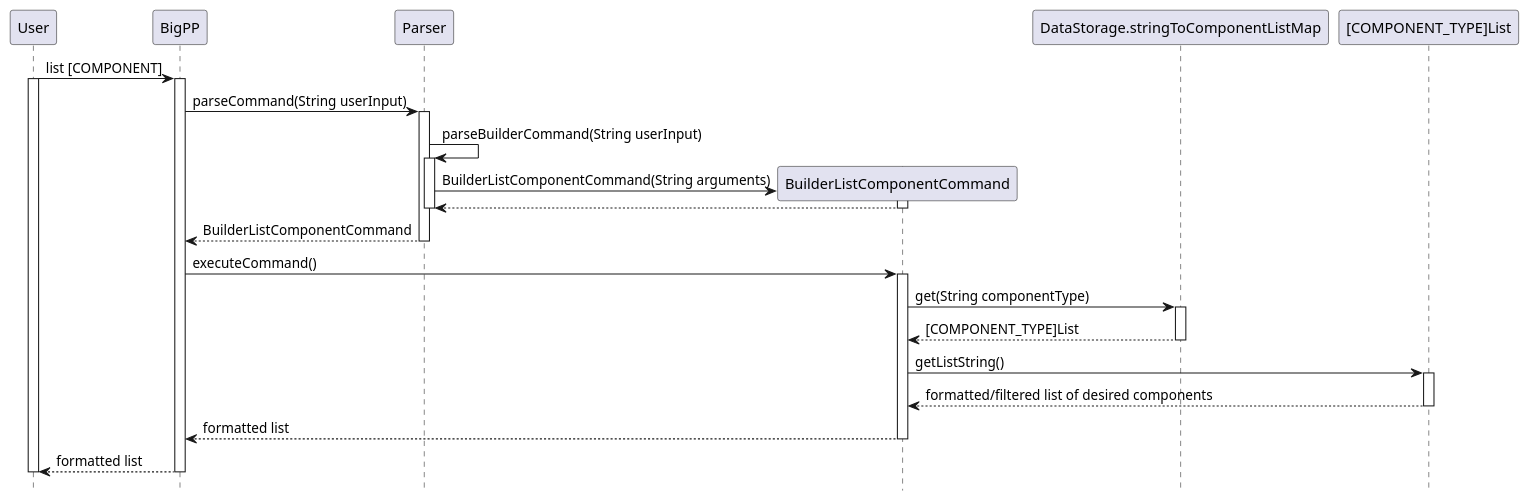
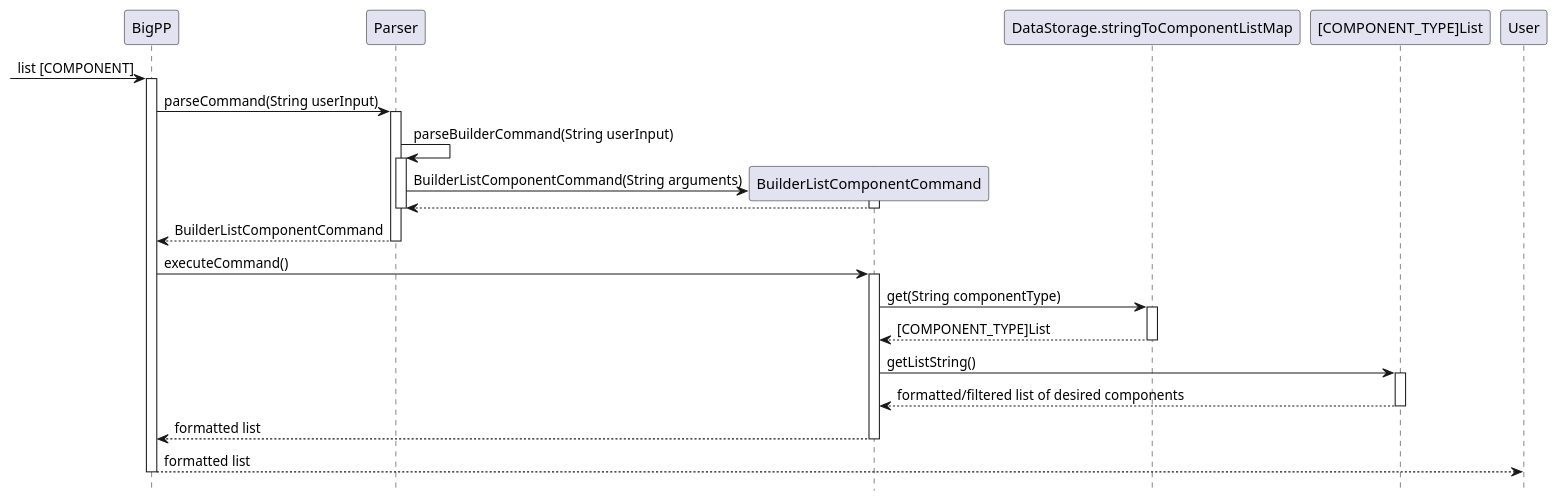
The diagram in docs/uml-source/Commands/listComponentCommand.puml (typingpanda/tp), drawn with PlantUML before and after one commit. The commit also changed 2 other files, not shown here.

Commit message:
Remove User from ListComponentCommand puml

```diff
--- a/docs/uml-source/Commands/listComponentCommand.puml
+++ b/docs/uml-source/Commands/listComponentCommand.puml
@@ -3,44 +3,44 @@
 @startuml
 !pragma teoz true
 hide footbox
 
-User -> BigPP : list [COMPONENT]
-activate User
+-> BigPP : list [COMPONENT]
+
 activate BigPP
 
 BigPP -> Parser : parseCommand(String userInput)
 activate Parser
 
 Parser -> Parser : parseBuilderCommand(String userInput)
 activate Parser
 create BuilderListComponentCommand
 
 Parser -> BuilderListComponentCommand : BuilderListComponentCommand(String arguments)
 activate BuilderListComponentCommand
 BuilderListComponentCommand --> Parser
 deactivate BuilderListComponentCommand
 
 deactivate Parser
 Parser --> BigPP: BuilderListComponentCommand
 deactivate Parser
 
 BigPP -> BuilderListComponentCommand : executeCommand()
 activate BuilderListComponentCommand
 BuilderListComponentCommand -> DataStorage.stringToComponentListMap : get(String componentType)
 activate DataStorage.stringToComponentListMap
 DataStorage.stringToComponentListMap --> BuilderListComponentCommand : [COMPONENT_TYPE]List
 deactivate DataStorage.stringToComponentListMap
 
 BuilderListComponentCommand -> "[COMPONENT_TYPE]List" : getListString()
 activate "[COMPONENT_TYPE]List"
 "[COMPONENT_TYPE]List" --> BuilderListComponentCommand : formatted/filtered list of desired components
 deactivate "[COMPONENT_TYPE]List"
 
 BuilderListComponentCommand --> BigPP : formatted list
 deactivate BuilderListComponentCommand
 
 BigPP --> User : formatted list
 deactivate BigPP
 deactivate User
 
 @enduml
```
